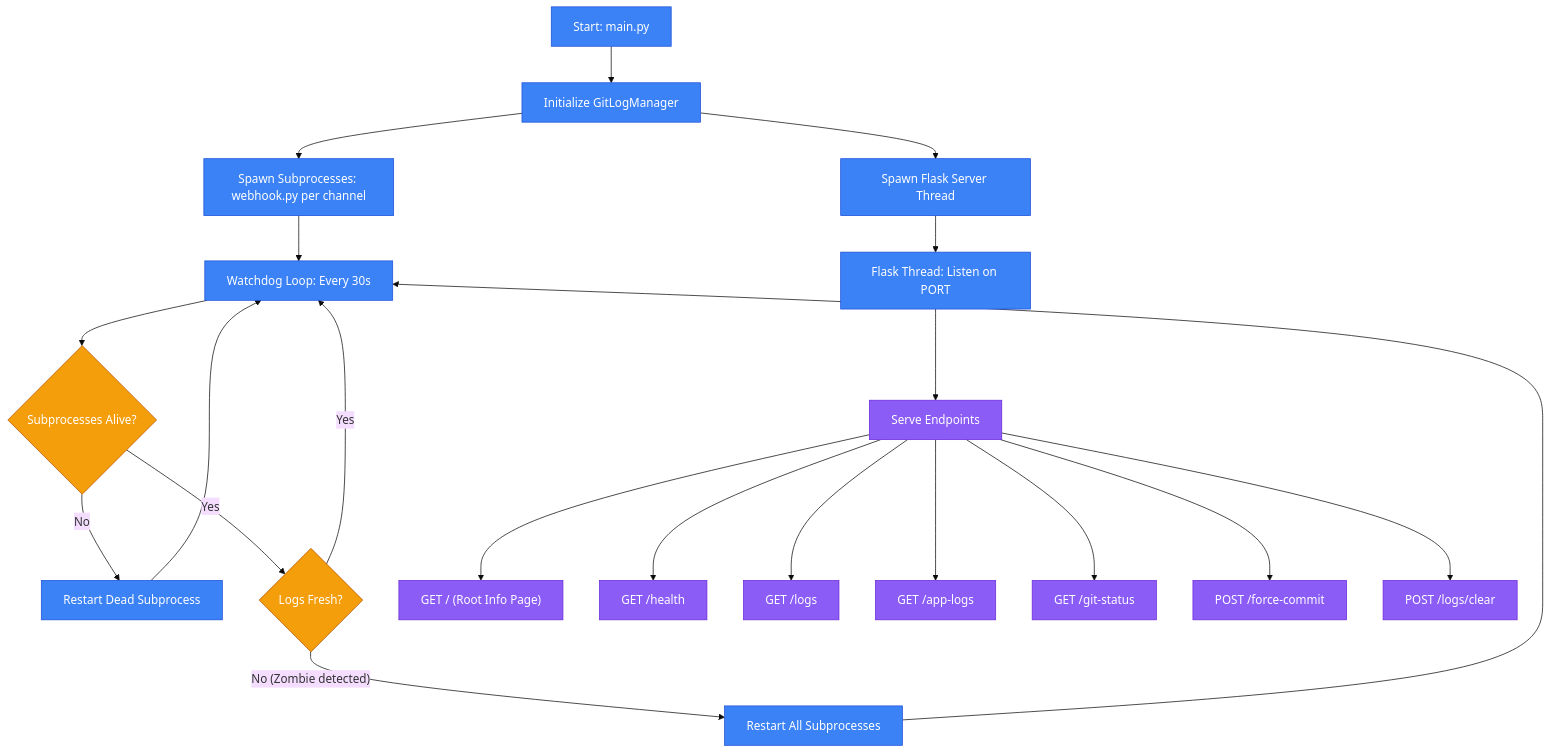
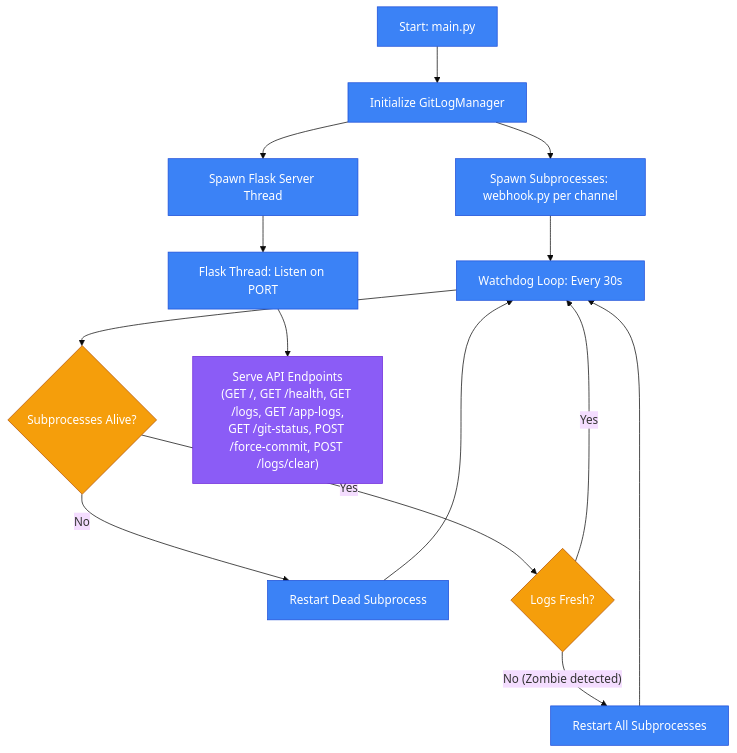
One commit to Telecord-Disgram/NaviaMains-HSRFeed changed the first of 4 diagrams in README.md. Above: the diagram before and after it, drawn with Mermaid (base theme). The commit also changed other lines of this file and 2 other files, not shown here.

````diff
--- a/README.md
+++ b/README.md
@@ -17,32 +17,25 @@
 ```mermaid
 graph TD
     Start[Start: main.py] --> InitGit[Initialize GitLogManager]
     InitGit --> SpawnBots[Spawn Subprocesses: webhook.py per channel]
     InitGit --> SpawnFlask[Spawn Flask Server Thread]
     
     SpawnBots --> WatchdogLoop[Watchdog Loop: Every 30s]
     WatchdogLoop --> CheckHealth{Subprocesses Alive?}
     CheckHealth -- No --> RestartDead[Restart Dead Subprocess]
     RestartDead --> WatchdogLoop
     CheckHealth -- Yes --> CheckZombies{Logs Fresh?}
     CheckZombies -- No (Zombie detected) --> RestartAll[Restart All Subprocesses]
     RestartAll --> WatchdogLoop
     CheckZombies -- Yes --> WatchdogLoop
 
     SpawnFlask --> FlaskThread[Flask Thread: Listen on PORT]
-    FlaskThread --> ServeAPI[Serve Endpoints]
-    ServeAPI --> E1["GET / (Root Info Page)"]
-    ServeAPI --> E2["GET /health"]
-    ServeAPI --> E3["GET /logs"]
-    ServeAPI --> E4["GET /app-logs"]
-    ServeAPI --> E5["GET /git-status"]
-    ServeAPI --> E6["POST /force-commit"]
-    ServeAPI --> E7["POST /logs/clear"]
+    FlaskThread --> ServeAPI["Serve API Endpoints<br>(GET /, GET /health, GET /logs, GET /app-logs,<br>GET /git-status, POST /force-commit, POST /logs/clear)"]
 
     classDef proc fill:#3b82f6,stroke:#1d4ed8,color:#fff
     classDef decis fill:#f59e0b,stroke:#b45309,color:#fff
     classDef api fill:#8b5cf6,stroke:#6d28d9,color:#fff
     class Start,InitGit,SpawnBots,SpawnFlask,WatchdogLoop,RestartDead,RestartAll,FlaskThread proc
     class CheckHealth,CheckZombies decis
-    class ServeAPI,E1,E2,E3,E4,E5,E6,E7 api
+    class ServeAPI api
 ```
````
